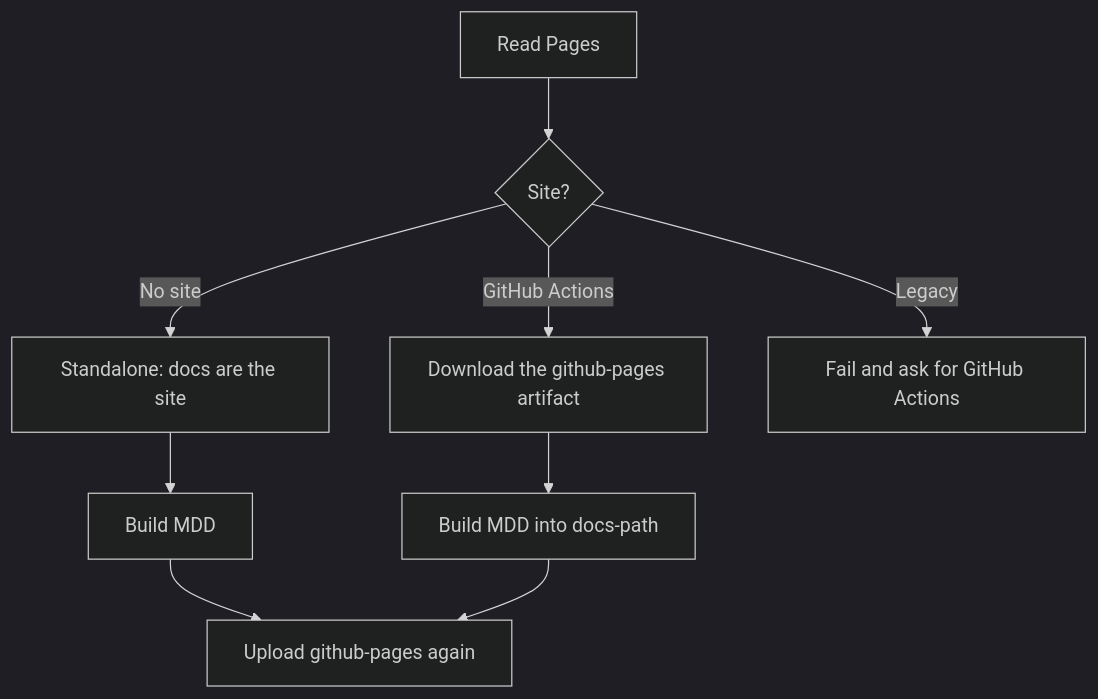
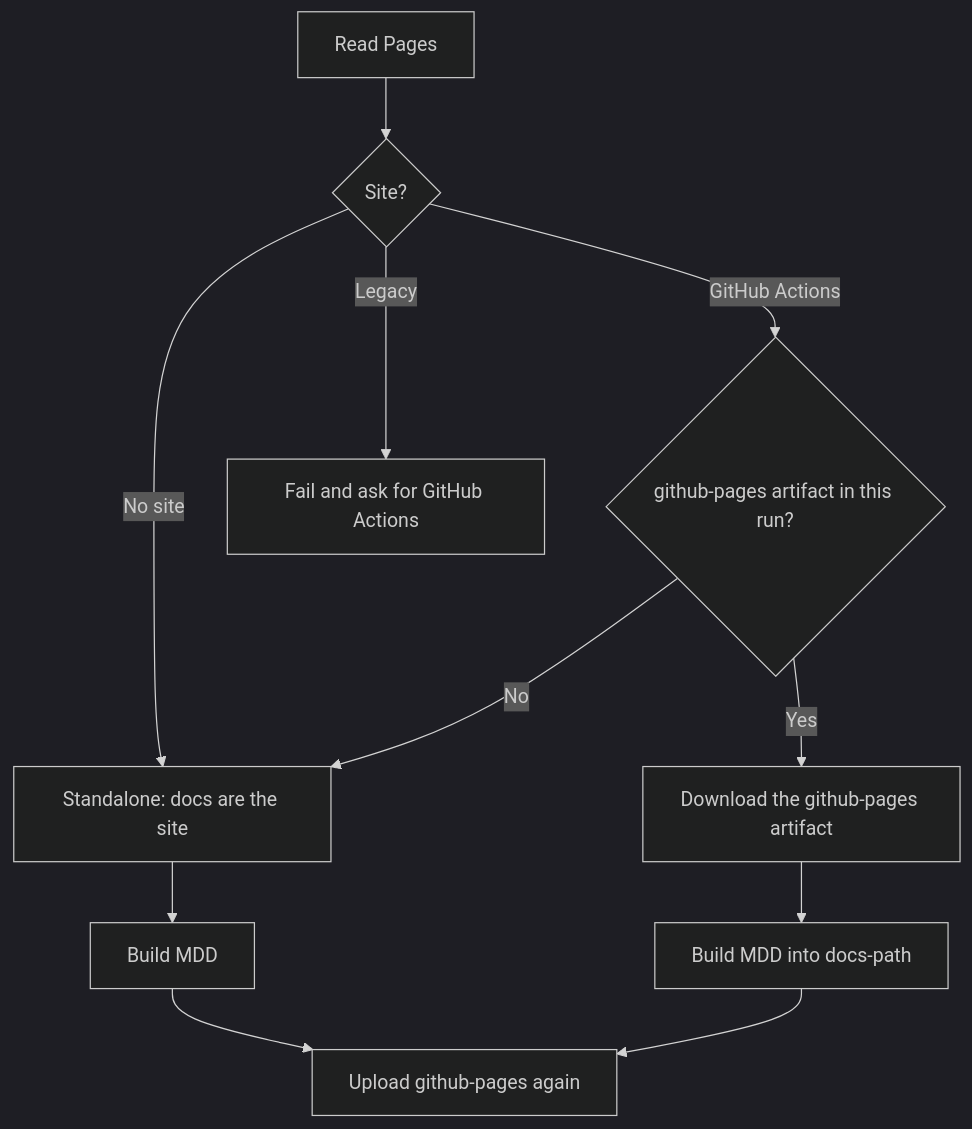
The diagram in README.md (actions-marketplace-validations/wgtechlabs_docs-build-flow-action), drawn with Mermaid (dark theme) before and after one commit. The commit also changed other lines of this file and 8 other files, not shown here.

Commit message:
🐛 fix: use standalone mode when the run has no Pages artifact (#7)

````diff
--- a/README.md
+++ b/README.md
@@ -167,11 +167,13 @@
 ```mermaid
 flowchart TD
   A[Read Pages] --> B{Site?}
   B -->|No site| C[Standalone: docs are the site]
-  B -->|GitHub Actions| D[Download the github-pages artifact]
+  B -->|GitHub Actions| I{github-pages artifact in this run?}
+  I -->|No| C
+  I -->|Yes| D[Download the github-pages artifact]
   B -->|Legacy| E[Fail and ask for GitHub Actions]
   C --> F[Build MDD]
   D --> G[Build MDD into docs-path]
   F --> H[Upload github-pages again]
   G --> H
 ```
````
